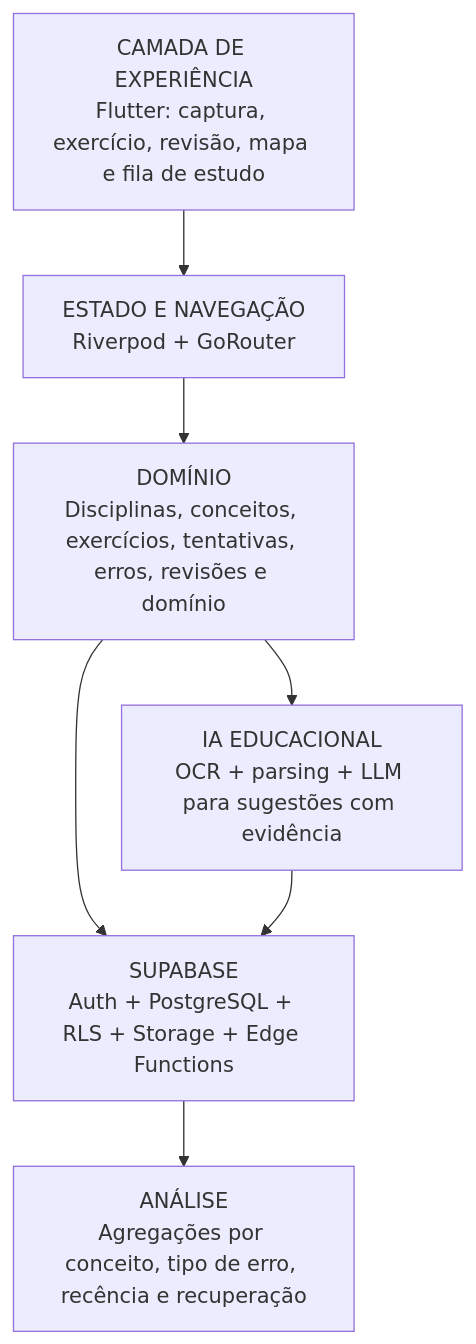
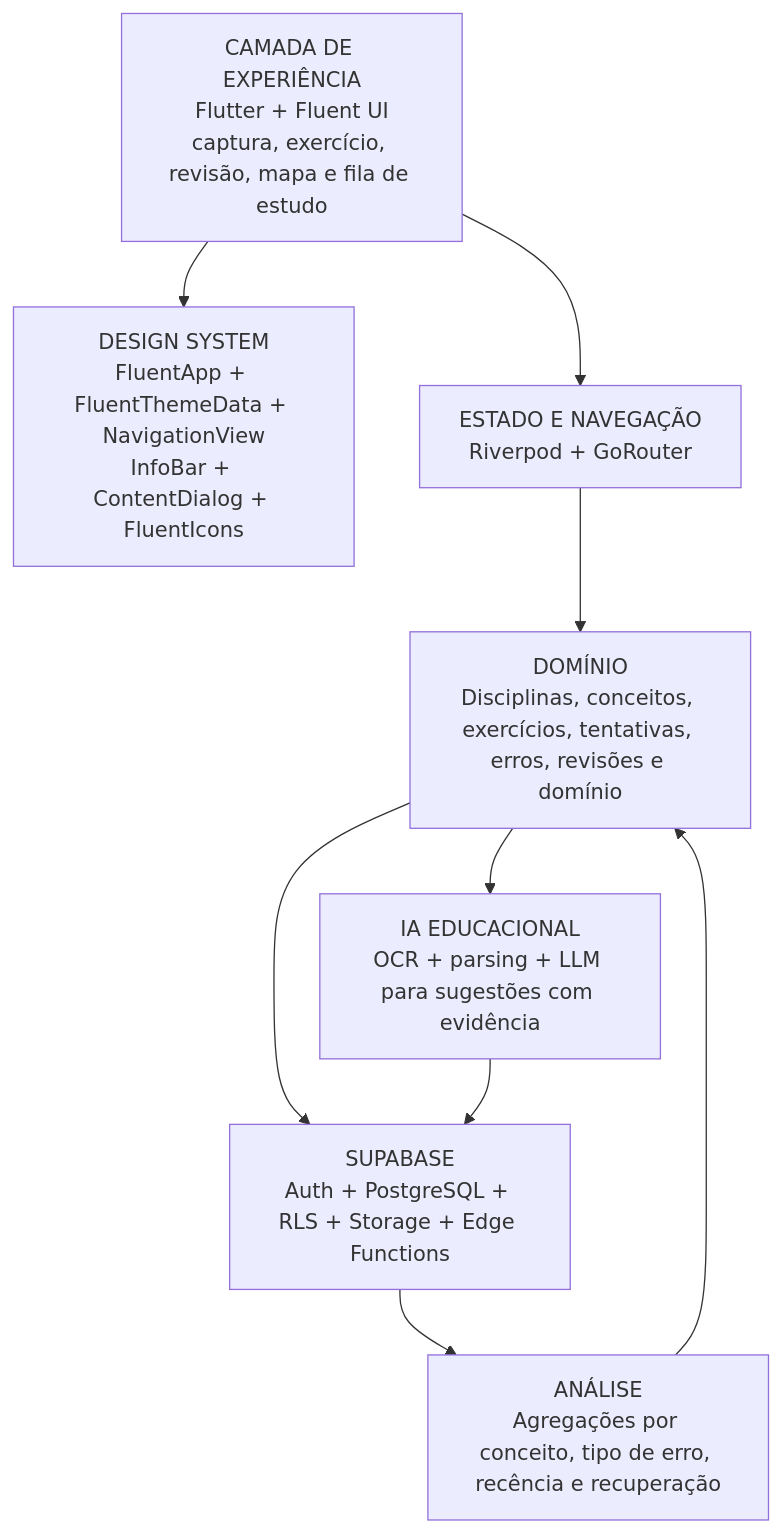
One commit to CFSJCODE/MistakeMap changed the third of 9 diagrams in .github/README.md. Above: the diagram before and after it, drawn with Mermaid. The commit also changed other lines of this file, not shown here.

First line of the commit message:
Integrate Fluent UI into project documentation

````diff
--- a/.github/README.md
+++ b/.github/README.md
@@ -551,16 +624,19 @@
 ```mermaid
 flowchart TB
-    UX["CAMADA DE EXPERIÊNCIA<br/>Flutter: captura, exercício, revisão, mapa e fila de estudo"]
+    UX["CAMADA DE EXPERIÊNCIA<br/>Flutter + Fluent UI<br/>captura, exercício, revisão, mapa e fila de estudo"]
+    FLUENT["DESIGN SYSTEM<br/>FluentApp + FluentThemeData + NavigationView<br/>InfoBar + ContentDialog + FluentIcons"]
     STATE["ESTADO E NAVEGAÇÃO<br/>Riverpod + GoRouter"]
     DOMAIN["DOMÍNIO<br/>Disciplinas, conceitos, exercícios, tentativas, erros, revisões e domínio"]
     AI["IA EDUCACIONAL<br/>OCR + parsing + LLM para sugestões com evidência"]
     SB["SUPABASE<br/>Auth + PostgreSQL + RLS + Storage + Edge Functions"]
     ANALYSIS["ANÁLISE<br/>Agregações por conceito, tipo de erro, recência e recuperação"]
 
+    UX --> FLUENT
     UX --> STATE
     STATE --> DOMAIN
     DOMAIN --> AI
     DOMAIN --> SB
     AI --> SB
     SB --> ANALYSIS
+    ANALYSIS --> DOMAIN
 ```
````
